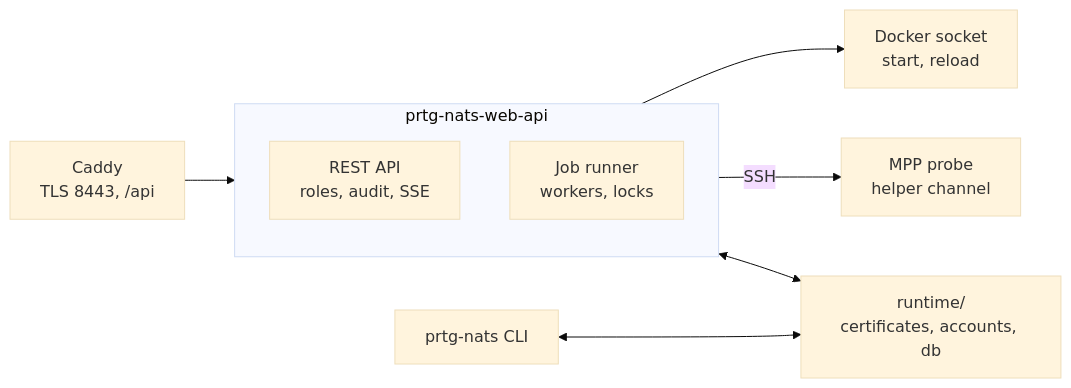
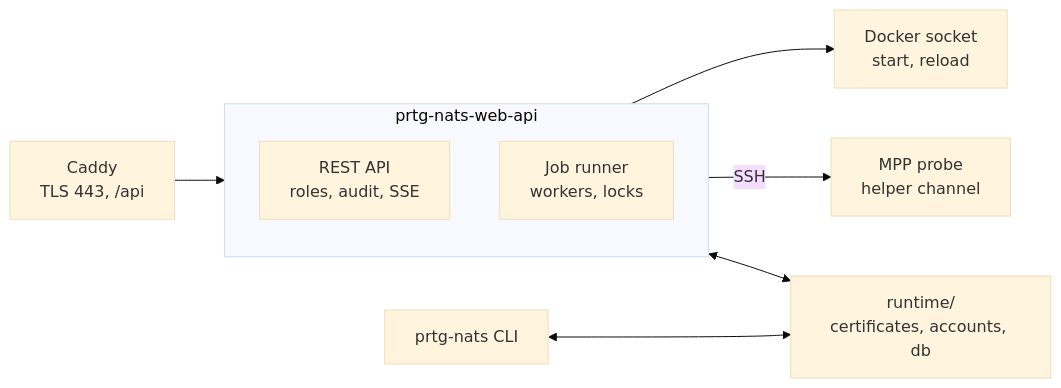
Before and after one commit to skiweg1985/prtg-nats: the second of 2 diagrams in docs/architecture/overview.md, drawn with Mermaid (base theme). The commit also changed other lines of this file and 12 other files, not shown here.

````diff
--- a/docs/architecture/overview.md
+++ b/docs/architecture/overview.md
@@ -49,13 +49,13 @@
 ```mermaid
 flowchart LR
     subgraph Api["prtg-nats-web-api"]
         direction TB
         Rest["REST API<br>roles, audit, SSE"]
         Runner["Job runner<br>workers, locks"]
     end
-    Caddy["Caddy<br>TLS 8443, /api"] --> Rest
+    Caddy["Caddy<br>TLS 443, /api"] --> Rest
     Rest --> Docker["Docker socket<br>start, reload"]
     Runner -->|"SSH"| MPP["MPP probe<br>helper channel"]
     Rest <--> Runtime["runtime/<br>certificates, accounts, db"]
     Cli["prtg-nats CLI"] <--> Runtime
 ```
````
